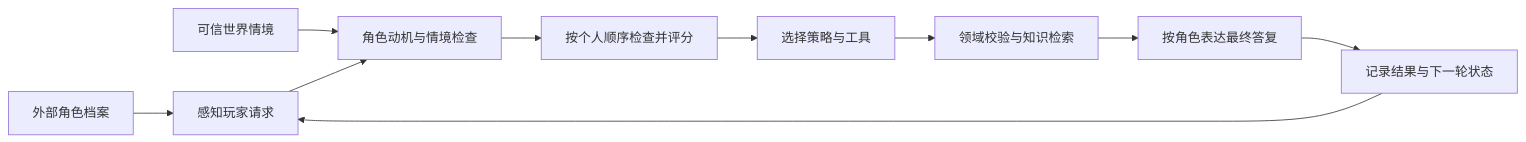
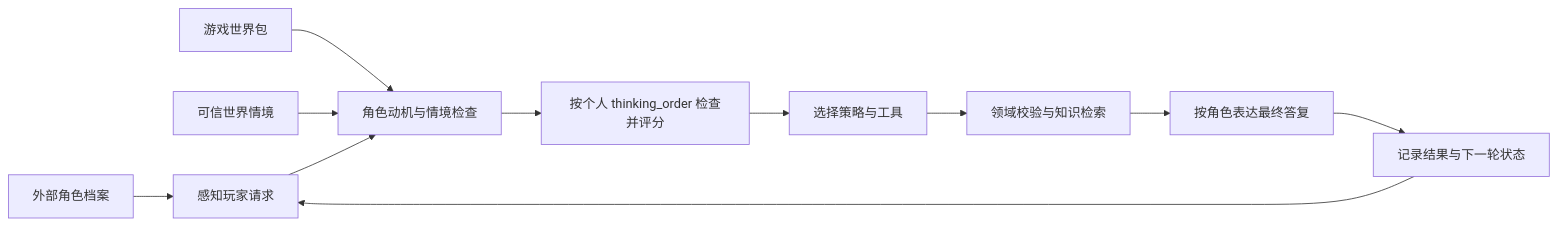
One commit to lightporta/Agent_1 changed the diagram in docs/NPC_COGNITION.md. Above: the diagram before and after it, drawn with Mermaid. The commit also changed other lines of this file and 42 other files, not shown here.

````diff
--- a/docs/NPC_COGNITION.md
+++ b/docs/NPC_COGNITION.md
@@ -7,12 +9,13 @@
 ```mermaid
 flowchart LR
     A[外部角色档案] --> C[感知玩家请求]
-    B[可信世界情境] --> D[角色动机与情境检查]
+    W[游戏世界包] --> D[角色动机与情境检查]
+    B[可信世界情境] --> D
     C --> D
-    D --> E[按个人顺序检查并评分]
+    D --> E[按个人 thinking_order 检查并评分]
     E --> F[选择策略与工具]
     F --> G[领域校验与知识检索]
     G --> H[按角色表达最终答复]
     H --> I[记录结果与下一轮状态]
     I --> C
 ```
````
